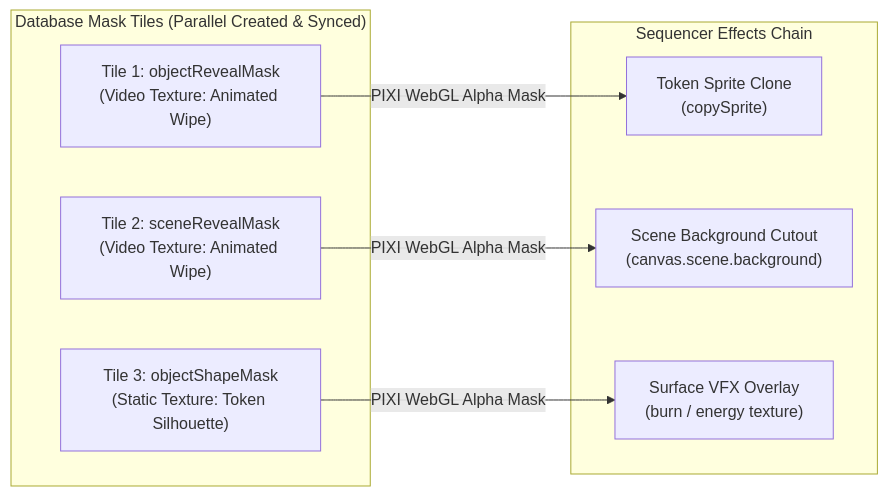
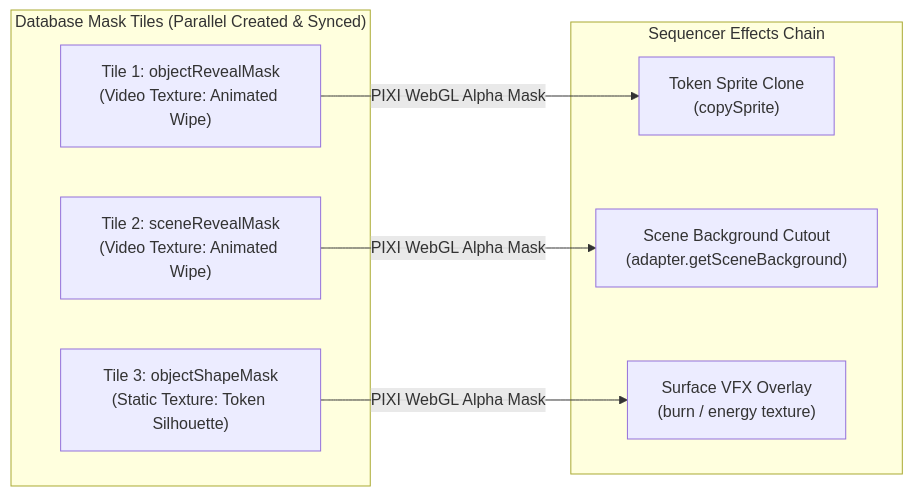
One commit to aljames-arctic/eskie-macro-pack changed the second of 5 diagrams in src/animation/mask/README.md. Above: the diagram before and after it, drawn with Mermaid. The commit also changed other lines of this file and 12 other files, not shown here.

First line of the commit message:
fix(animation): route all scene background texture accesses through adapter

````diff
--- a/src/animation/mask/README.md
+++ b/src/animation/mask/README.md
@@ -148,18 +148,18 @@
 ```mermaid
 graph LR
     subgraph DB["Database Mask Tiles (Parallel Created & Synced)"]
         T1["Tile 1: objectRevealMask<br/>(Video Texture: Animated Wipe)"]
         T2["Tile 2: sceneRevealMask<br/>(Video Texture: Animated Wipe)"]
         T3["Tile 3: objectShapeMask<br/>(Static Texture: Token Silhouette)"]
     end
 
     subgraph SEQ["Sequencer Effects Chain"]
         E1["Token Sprite Clone<br/>(copySprite)"]
-        E2["Scene Background Cutout<br/>(canvas.scene.background)"]
+        E2["Scene Background Cutout<br/>(adapter.getSceneBackground)"]
         E3["Surface VFX Overlay<br/>(burn / energy texture)"]
     end
 
     T1 -- "PIXI WebGL Alpha Mask" --> E1
     T2 -- "PIXI WebGL Alpha Mask" --> E2
     T3 -- "PIXI WebGL Alpha Mask" --> E3
 ```
````
